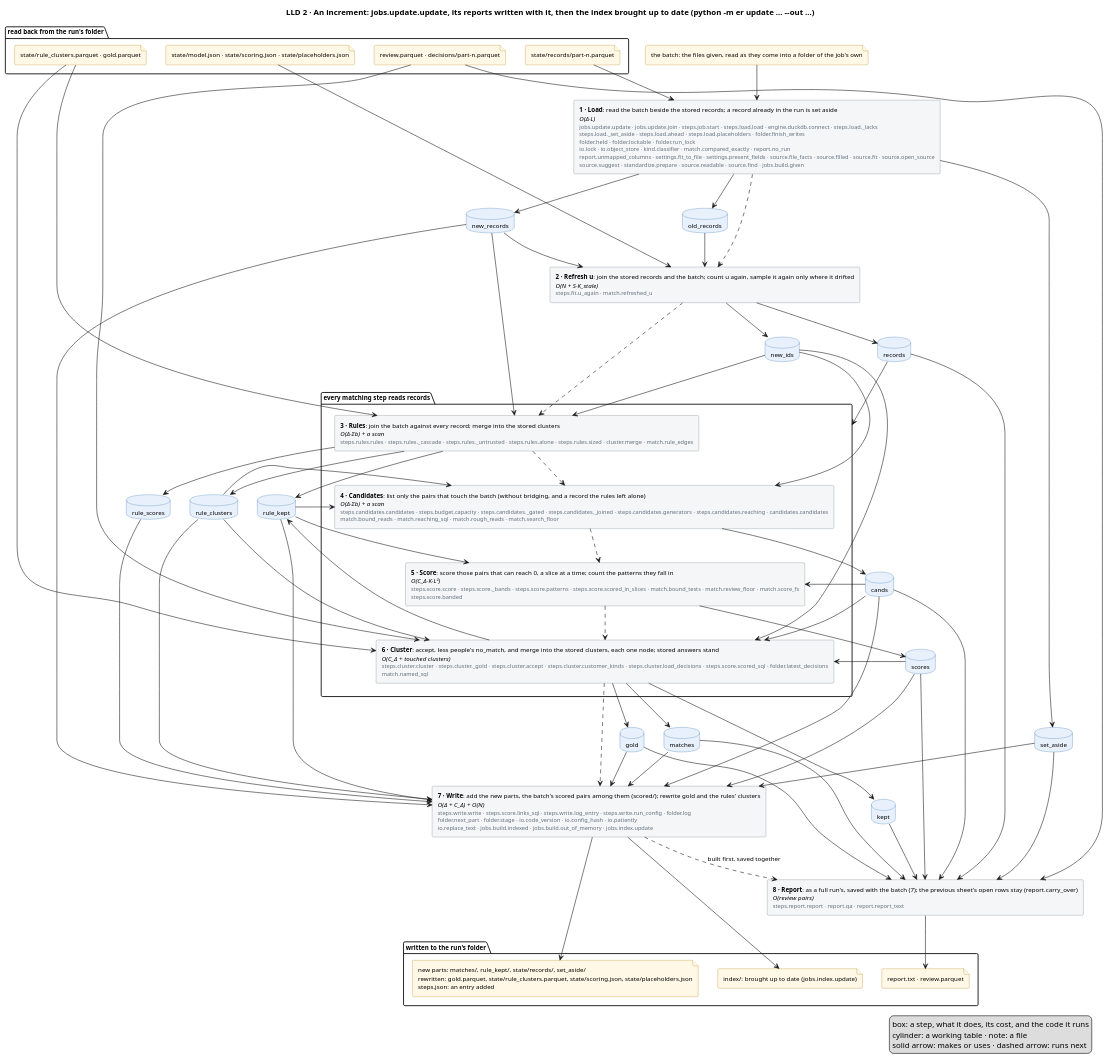
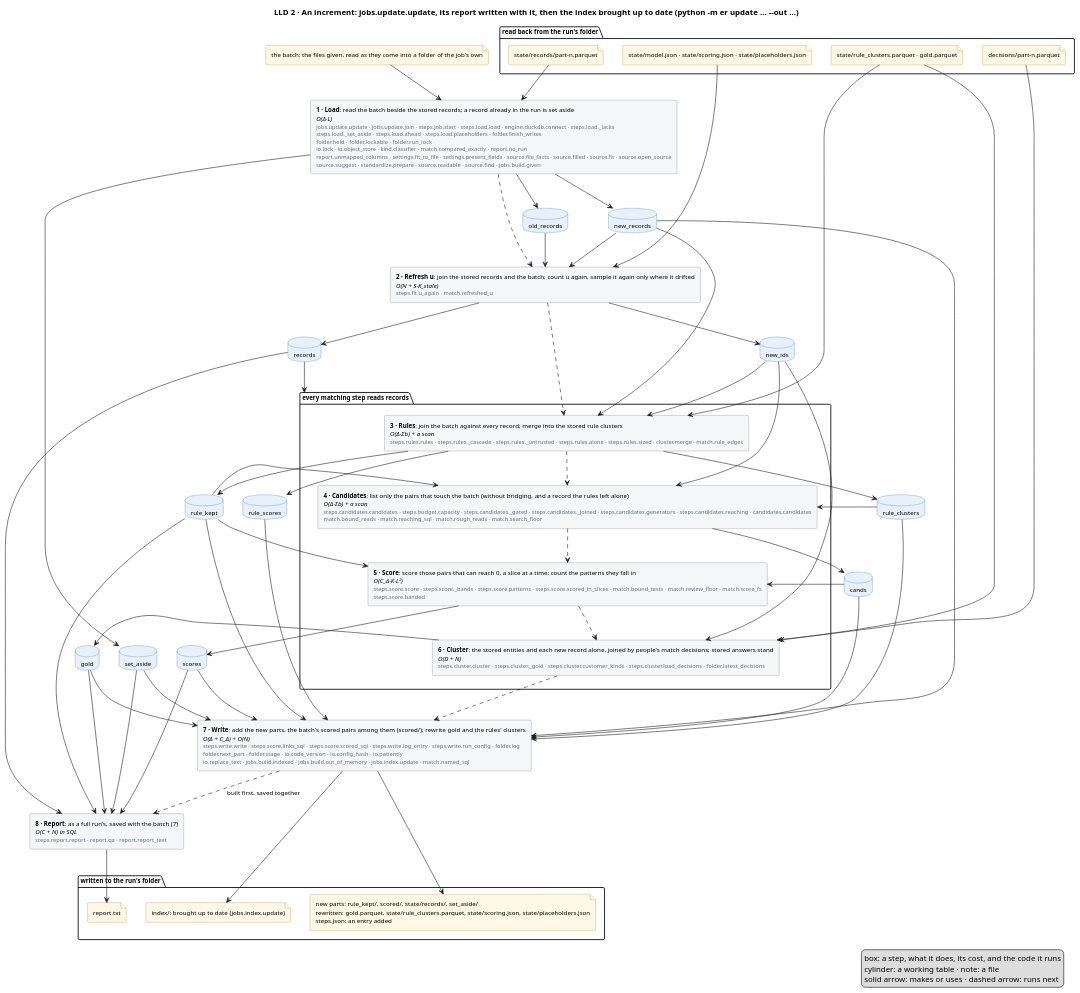
The diagram in docs/diagrams/increment.puml (mvsbm/entity_matching), drawn with PlantUML before and after one commit. The commit also changed 57 other files, not shown here.

```diff
--- a/docs/diagrams/increment.puml
+++ b/docs/diagrams/increment.puml
@@ -1,125 +1,113 @@
 @startuml increment
-title LLD 2 · An increment: jobs.update.update, its reports written with it, then the index brought up to date (python -m er update … ~--out …)
+title LLD 2 · An increment: jobs.update.update, its report written with it, then the index brought up to date (python -m er update … ~--out …)
 skinparam defaultFontSize 11
 skinparam rectangle {
   BackgroundColor #F4F6F8
   BorderColor #65717E
 }
 skinparam database {
   BackgroundColor #E8F1FB
   BorderColor #2C6DB3
 }
 skinparam file {
   BackgroundColor #FFF8E6
   BorderColor #B07D00
 }
 
 package "read back from the run's folder" {
   file "state/model.json · state/scoring.json · state/placeholders.json" as f_model
   file "state/records/part-n.parquet" as f_records
   file "state/rule_clusters.parquet · gold.parquet" as f_clusters
-  file "review.parquet · decisions/part-n.parquet" as f_sheet
+  file "decisions/part-n.parquet" as f_sheet
 }
 file "the batch: the files given, read as they come into a folder of the job's own" as f_batch
 
 
 rectangle "<b>1 · Load</b>: read the batch beside the stored records; a record already in the run is set aside\n<i>O(Δ·L)</i>\n<size:10><color:#65717E>jobs.update.update · jobs.update.join · steps.job.start · steps.load.load · engine.duckdb.connect · steps.load._lacks</color></size>\n<size:10><color:#65717E>steps.load._set_aside · steps.load.ahead · steps.load.placeholders · folder.finish_writes</color></size>\n<size:10><color:#65717E>folder.held · folder.lockable · folder.run_lock</color></size>\n<size:10><color:#65717E>io.lock · io.object_store · kind.classifier · match.compared_exactly · report.no_run</color></size>\n<size:10><color:#65717E>report.unmapped_columns · settings.fit_to_file · settings.present_fields · source.file_facts · source.filled · source.fit · source.open_source</color></size>\n<size:10><color:#65717E>source.suggest · standardize.prepare · source.readable · source.find · jobs.build.given</color></size>" as load
 rectangle "<b>2 · Refresh u</b>: join the stored records and the batch; count u again, sample it again only where it drifted\n<i>O(N + S·K_stale)</i>\n<size:10><color:#65717E>steps.fit.u_again · match.refreshed_u</color></size>" as fit
 package "every matching step reads records" as matching {
-  rectangle "<b>3 · Rules</b>: join the batch against every record; merge into the stored clusters\n<i>O(Δ·Σb) + a scan</i>\n<size:10><color:#65717E>steps.rules.rules · steps.rules._cascade · steps.rules._untrusted · steps.rules.alone · steps.rules.sized · cluster.merge · match.rule_edges</color></size>" as rules
+  rectangle "<b>3 · Rules</b>: join the batch against every record; merge into the stored rule clusters\n<i>O(Δ·Σb) + a scan</i>\n<size:10><color:#65717E>steps.rules.rules · steps.rules._cascade · steps.rules._untrusted · steps.rules.alone · steps.rules.sized · cluster.merge · match.rule_edges</color></size>" as rules
   rectangle "<b>4 · Candidates</b>: list only the pairs that touch the batch (without bridging, and a record the rules left alone)\n<i>O(Δ·Σb) + a scan</i>\n<size:10><color:#65717E>steps.candidates.candidates · steps.budget.capacity · steps.candidates._gated · steps.candidates._joined · steps.candidates.generators · steps.candidates.reaching · candidates.candidates</color></size>\n<size:10><color:#65717E>match.bound_reads · match.reaching_sql · match.rough_reads · match.search_floor</color></size>" as candidates
   rectangle "<b>5 · Score</b>: score those pairs that can reach 0, a slice at a time; count the patterns they fall in\n<i>O(C_Δ·K·L²)</i>\n<size:10><color:#65717E>steps.score.score · steps.score._bands · steps.score.patterns · steps.score.scored_in_slices · match.bound_tests · match.review_floor · match.score_fs</color></size>\n<size:10><color:#65717E>steps.score.banded</color></size>" as score
-  rectangle "<b>6 · Cluster</b>: accept, less people's no_match, and merge into the stored clusters, each one node; stored answers stand\n<i>O(C_Δ + touched clusters)</i>\n<size:10><color:#65717E>steps.cluster.cluster · steps.cluster._gold · steps.cluster.accept · steps.cluster.customer_kinds · steps.cluster.load_decisions · steps.score.scored_sql · folder.latest_decisions</color></size>\n<size:10><color:#65717E>match.named_sql</color></size>" as cluster
+  rectangle "<b>6 · Cluster</b>: the stored entities and each new record alone, joined by people's match decisions; stored answers stand\n<i>O(D + N)</i>\n<size:10><color:#65717E>steps.cluster.cluster · steps.cluster._gold · steps.cluster.customer_kinds · steps.cluster.load_decisions · folder.latest_decisions</color></size>" as cluster
 }
-rectangle "<b>7 · Write</b>: add the new parts, the batch's scored pairs among them (scored/); rewrite gold and the rules' clusters\n<i>O(Δ + C_Δ) + O(N)</i>\n<size:10><color:#65717E>steps.write.write · steps.score.links_sql · steps.write.log_entry · steps.write.run_config · folder.log</color></size>\n<size:10><color:#65717E>folder.next_part · folder.stage · io.code_version · io.config_hash · io.patiently</color></size>\n<size:10><color:#65717E>io.replace_text · jobs.build.indexed · jobs.build.out_of_memory · jobs.index.update</color></size>" as write
-rectangle "<b>8 · Report</b>: as a full run's, saved with the batch (7); the previous sheet's open rows stay (report.carry_over)\n<i>O(review pairs)</i>\n<size:10><color:#65717E>steps.report.report · report.qa · report.report_text</color></size>" as report
+rectangle "<b>7 · Write</b>: add the new parts, the batch's scored pairs among them (scored/); rewrite gold and the rules' clusters\n<i>O(Δ + C_Δ) + O(N)</i>\n<size:10><color:#65717E>steps.write.write · steps.score.links_sql · steps.score.scored_sql · steps.write.log_entry · steps.write.run_config · folder.log</color></size>\n<size:10><color:#65717E>folder.next_part · folder.stage · io.code_version · io.config_hash · io.patiently</color></size>\n<size:10><color:#65717E>io.replace_text · jobs.build.indexed · jobs.build.out_of_memory · jobs.index.update · match.named_sql</color></size>" as write
+rectangle "<b>8 · Report</b>: as a full run's, saved with the batch (7)\n<i>O(C + N) in SQL</i>\n<size:10><color:#65717E>steps.report.report · report.qa · report.report_text</color></size>" as report
 database "old_records" as old_records
 database "new_records" as new_records
 database "set_aside" as set_aside
 database "records" as records
 database "new_ids" as new_ids
 database "rule_clusters" as rule_clusters
 database "rule_kept" as rule_kept
 database "cands" as cands
 database "scores" as scores
 database "rule_scores" as rule_scores
-database "matches" as matches
-database "kept" as kept
 database "gold" as gold
 
 package "written to the run's folder" {
-  file "new parts: matches/, rule_kept/, state/records/, set_aside/\nrewritten: gold.parquet, state/rule_clusters.parquet, state/scoring.json, state/placeholders.json\nsteps.json: an entry added" as f_out
-  file "report.txt · review.parquet" as f_people
+  file "new parts: rule_kept/, scored/, state/records/, set_aside/\nrewritten: gold.parquet, state/rule_clusters.parquet, state/scoring.json, state/placeholders.json\nsteps.json: an entry added" as f_out
+  file "report.txt" as f_people
   file "index/: brought up to date (jobs.index.update)" as f_index
 }
 
 f_batch --> load
 f_records --> load
 f_model --> fit
 f_clusters --> rules
 f_clusters --> cluster
 f_sheet --> cluster
-f_sheet --> report
 
 load ..> fit
 fit ..> rules
 rules ..> candidates
 candidates ..> score
 score ..> cluster
 cluster ..> write
 write ..> report : built first, saved together
 
 load --> old_records
 load --> new_records
 load --> set_aside
 old_records --> fit
 new_records --> fit
 fit --> records
 fit --> new_ids
 records --> matching
 new_records --> rules
 new_ids --> rules
 rules --> rule_clusters
 rules --> rule_kept
 rules --> rule_scores
 rule_scores --> write
 cands --> write
 scores --> write
 new_ids --> candidates
 candidates --> cands
 cands --> score
 score --> scores
 new_ids --> cluster
 rule_clusters --> candidates
-rule_clusters --> cluster
-cands --> cluster
-scores --> cluster
-cluster --> matches
-cluster --> kept
-cluster --> rule_kept
-kept --> report
 cluster --> gold
 new_records --> write
 rule_clusters --> write
 rule_kept --> write
 rule_kept --> score
 rule_kept --> candidates
-matches --> write
+rule_kept --> report
 gold --> write
 set_aside --> write
 records --> report
-cands --> report
 scores --> report
-matches --> report
 gold --> report
 set_aside --> report
 
 write --> f_out
 write --> f_index
 report --> f_people
 legend right
   box: a step, what it does, its cost, and the code it runs
   cylinder: a working table · note: a file
   solid arrow: makes or uses · dashed arrow: runs next
 endlegend
 @enduml
```
